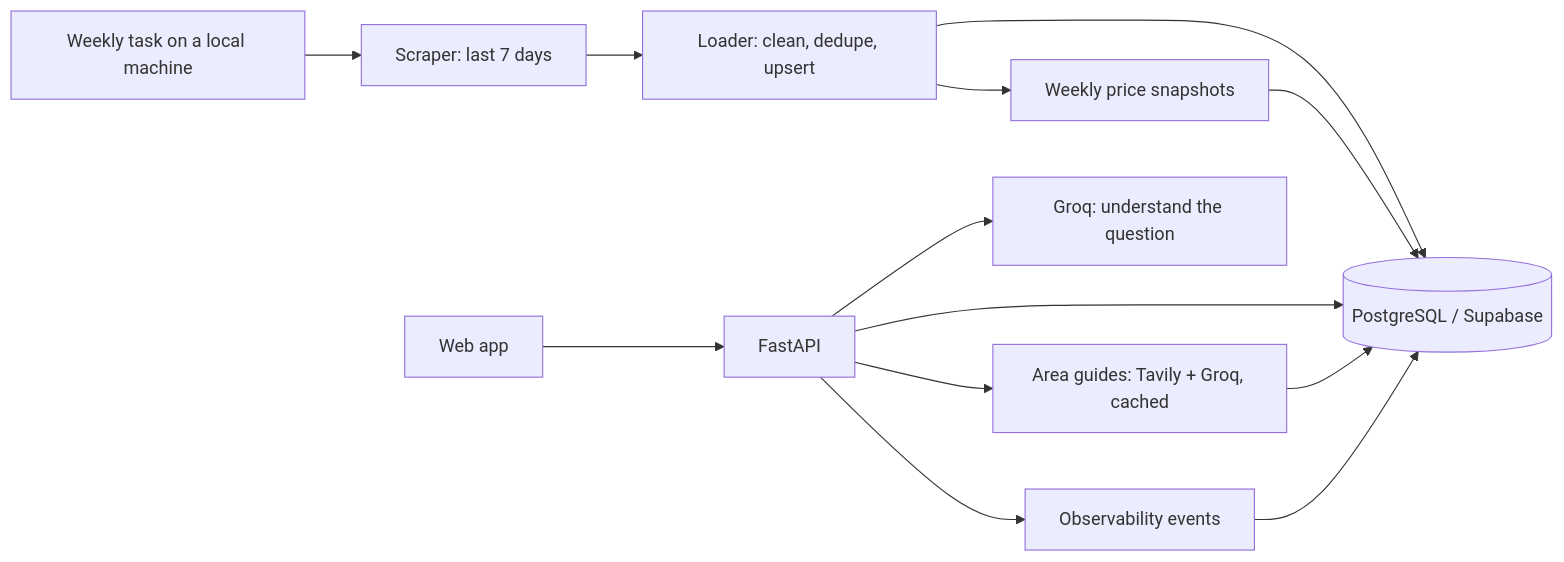
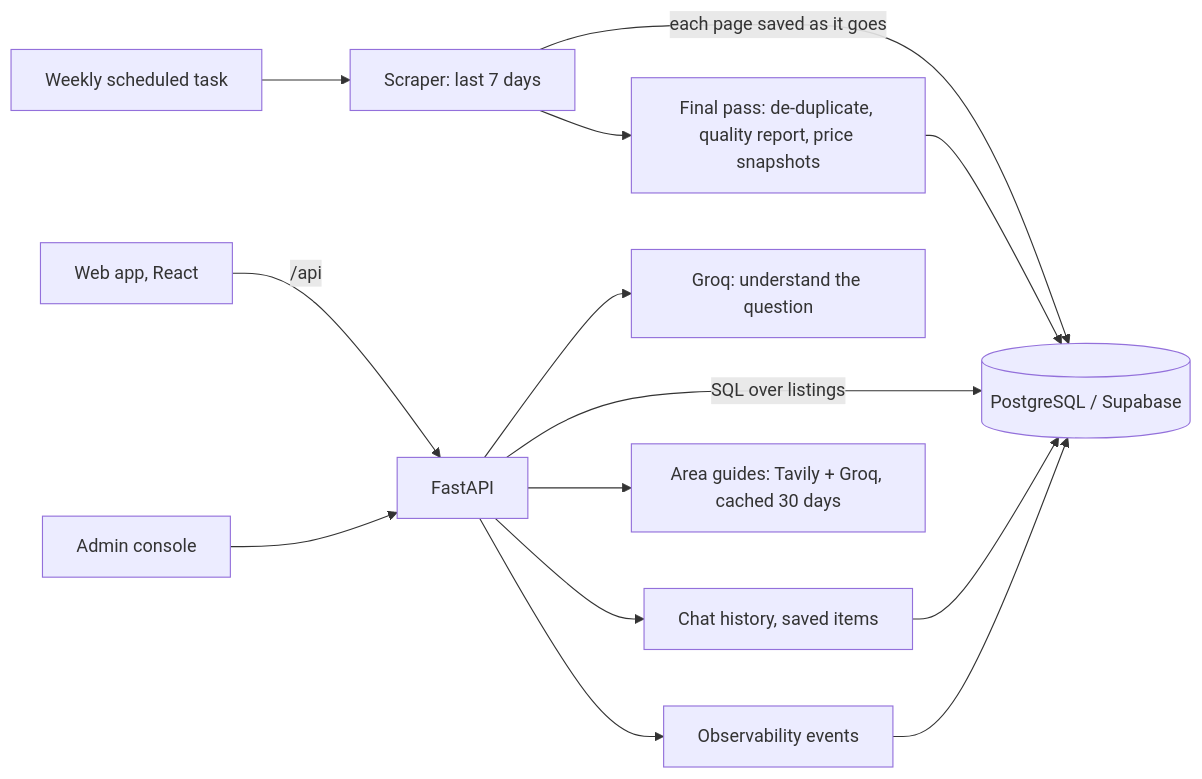
One commit to Jaywestty/Lagos-Rent-Predictor changed the diagram in README.md. Above: the diagram before and after it, drawn with Mermaid. The commit also changed other lines of this file, not shown here.

````diff
--- a/README.md
+++ b/README.md
@@ -20,15 +54,16 @@
 ```mermaid
 flowchart LR
-    Cron[Weekly task on a local machine] --> Scraper[Scraper: last 7 days]
-    Scraper --> Loader[Loader: clean, dedupe, upsert]
-    Loader --> DB[(PostgreSQL / Supabase)]
-    Loader --> Snap[Weekly price snapshots]
-    Snap --> DB
-    User[Web app] --> API[FastAPI]
+    Task[Weekly scheduled task] --> Scraper[Scraper: last 7 days]
+    Scraper -->|each page saved as it goes| DB[(PostgreSQL / Supabase)]
+    Scraper --> Final[Final pass: de-duplicate, quality report, price snapshots]
+    Final --> DB
+    User[Web app, React] -->|/api| API[FastAPI]
     API --> LLM[Groq: understand the question]
-    API --> DB
-    API --> Guides[Area guides: Tavily + Groq, cached]
-    Guides --> DB
+    API -->|SQL over listings| DB
+    API --> Guides[Area guides: Tavily + Groq, cached 30 days]
+    API --> History[Chat history, saved items]
+    History --> DB
     API --> Obs[Observability events]
     Obs --> DB
+    Admin[Admin console] --> API
 ```
````
